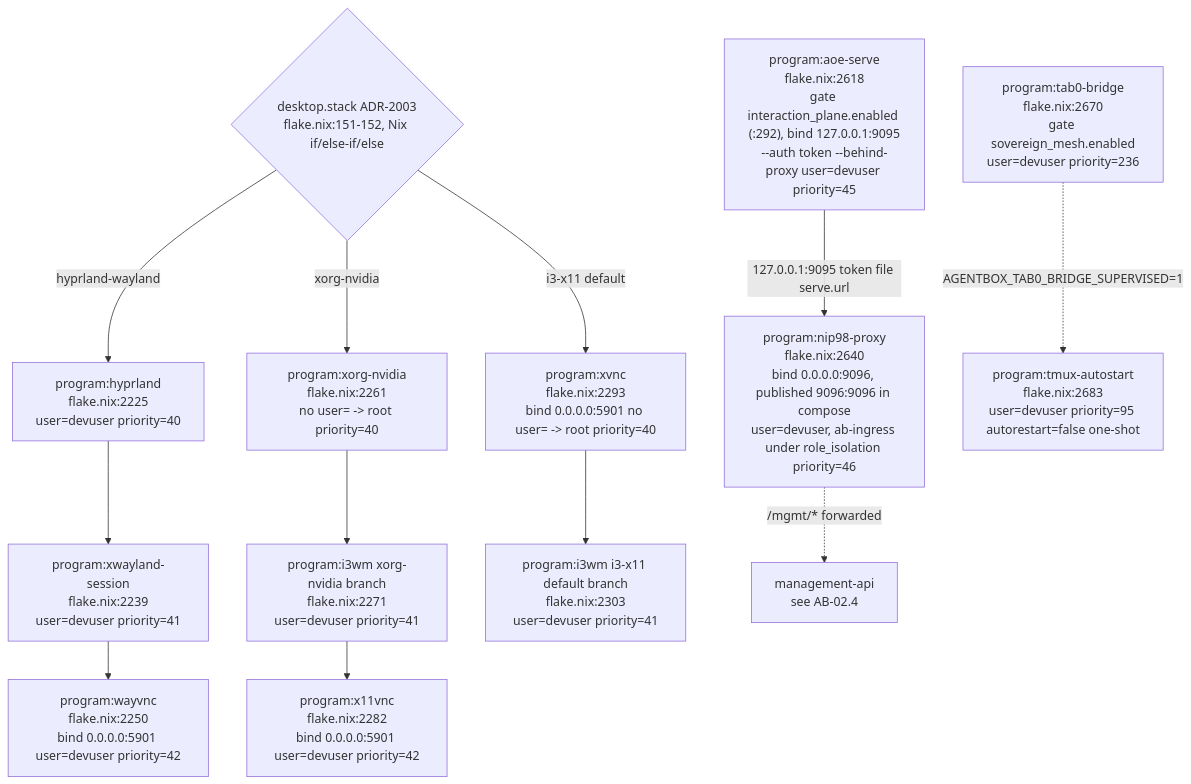
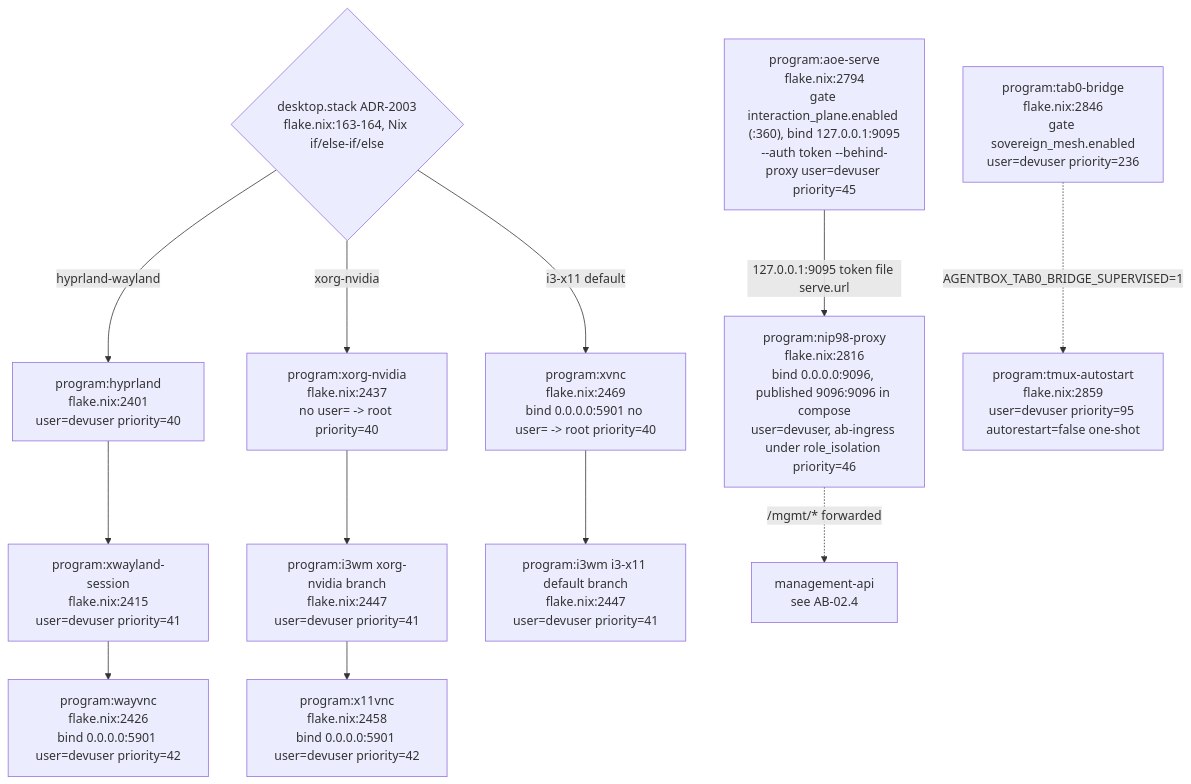
The sixth of 21 diagrams in docs/diagrams/agentbox/02-boot-sequence-and-readiness.md (DreamLab-AI/VisionFlow), drawn with Mermaid before and after one commit. The commit also changed other lines of this file and 111 other files, not shown here.

Commit message:
docs(diagrams): align estate maps with current source

````diff
--- a/docs/diagrams/agentbox/02-boot-sequence-and-readiness.md
+++ b/docs/diagrams/agentbox/02-boot-sequence-and-readiness.md
@@ -289,23 +289,23 @@
 ```mermaid
 flowchart TB
-    GATESTACK{"desktop.stack ADR-2003<br/>flake.nix:151-152, Nix if/else-if/else"}
-    HYPR["program:hyprland<br/>flake.nix:2225<br/>user=devuser priority=40"]
-    XWAY["program:xwayland-session<br/>flake.nix:2239<br/>user=devuser priority=41"]
-    WAYVNC["program:wayvnc<br/>flake.nix:2250<br/>bind 0.0.0.0:5901 user=devuser priority=42"]
-    XORG["program:xorg-nvidia<br/>flake.nix:2261<br/>no user= -&gt; root priority=40"]
-    I3A["program:i3wm xorg-nvidia branch<br/>flake.nix:2271<br/>user=devuser priority=41"]
-    X11VNC["program:x11vnc<br/>flake.nix:2282<br/>bind 0.0.0.0:5901 user=devuser priority=42"]
-    XVNC["program:xvnc<br/>flake.nix:2293<br/>bind 0.0.0.0:5901 no user= -&gt; root priority=40"]
-    I3B["program:i3wm i3-x11 default branch<br/>flake.nix:2303<br/>user=devuser priority=41"]
-    AOE["program:aoe-serve<br/>flake.nix:2618<br/>gate interaction_plane.enabled (:292), bind 127.0.0.1:9095<br/>--auth token --behind-proxy user=devuser priority=45"]
-    NIP98["program:nip98-proxy<br/>flake.nix:2640<br/>bind 0.0.0.0:9096, published 9096:9096 in compose<br/>user=devuser, ab-ingress under role_isolation priority=46"]
-    TAB0["program:tab0-bridge<br/>flake.nix:2670<br/>gate sovereign_mesh.enabled<br/>user=devuser priority=236"]
-    TMUX["program:tmux-autostart<br/>flake.nix:2683<br/>user=devuser priority=95 autorestart=false one-shot"]
+    GATESTACK{"desktop.stack ADR-2003<br/>flake.nix:163-164, Nix if/else-if/else"}
+    HYPR["program:hyprland<br/>flake.nix:2401<br/>user=devuser priority=40"]
+    XWAY["program:xwayland-session<br/>flake.nix:2415<br/>user=devuser priority=41"]
+    WAYVNC["program:wayvnc<br/>flake.nix:2426<br/>bind 0.0.0.0:5901 user=devuser priority=42"]
+    XORG["program:xorg-nvidia<br/>flake.nix:2437<br/>no user= -&gt; root priority=40"]
+    I3A["program:i3wm xorg-nvidia branch<br/>flake.nix:2447<br/>user=devuser priority=41"]
+    X11VNC["program:x11vnc<br/>flake.nix:2458<br/>bind 0.0.0.0:5901 user=devuser priority=42"]
+    XVNC["program:xvnc<br/>flake.nix:2469<br/>bind 0.0.0.0:5901 no user= -&gt; root priority=40"]
+    I3B["program:i3wm i3-x11 default branch<br/>flake.nix:2447<br/>user=devuser priority=41"]
+    AOE["program:aoe-serve<br/>flake.nix:2794<br/>gate interaction_plane.enabled (:360), bind 127.0.0.1:9095<br/>--auth token --behind-proxy user=devuser priority=45"]
+    NIP98["program:nip98-proxy<br/>flake.nix:2816<br/>bind 0.0.0.0:9096, published 9096:9096 in compose<br/>user=devuser, ab-ingress under role_isolation priority=46"]
+    TAB0["program:tab0-bridge<br/>flake.nix:2846<br/>gate sovereign_mesh.enabled<br/>user=devuser priority=236"]
+    TMUX["program:tmux-autostart<br/>flake.nix:2859<br/>user=devuser priority=95 autorestart=false one-shot"]
 
     GATESTACK -->|"hyprland-wayland"| HYPR --> XWAY --> WAYVNC
     GATESTACK -->|"xorg-nvidia"| XORG --> I3A --> X11VNC
     GATESTACK -->|"i3-x11 default"| XVNC --> I3B
     AOE -->|"127.0.0.1:9095 token file serve.url"| NIP98
     NIP98 -.->|"/mgmt/* forwarded"| MGMTREF["management-api<br/>see AB-02.4"]
     TAB0 -.->|"AGENTBOX_TAB0_BRIDGE_SUPERVISED=1"| TMUX
 ```
````
